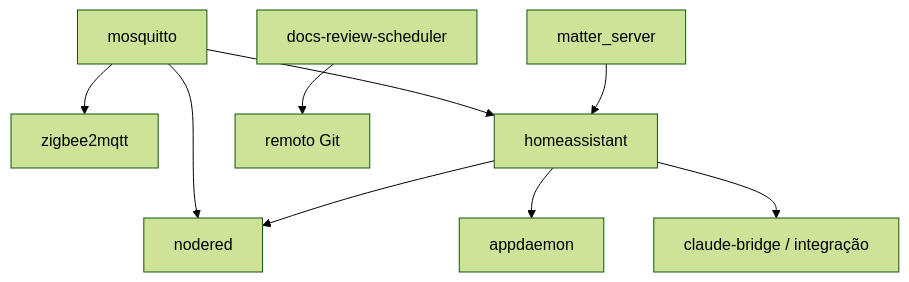
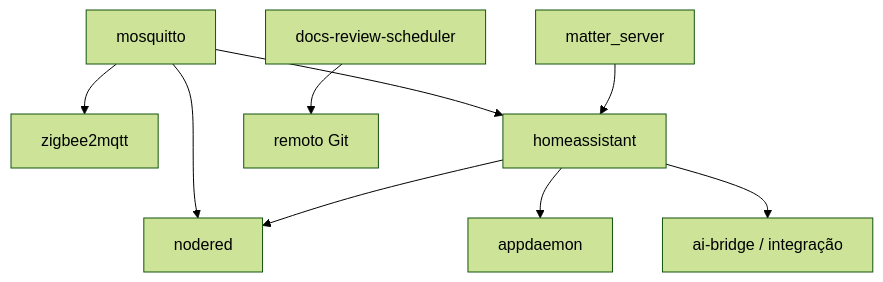
Before and after one commit to gabrafur/my_smart_home: the diagram in docs/CONTAINERS.md, drawn with Mermaid (forest theme). The commit also changed other lines of this file and 32 other files, not shown here.

````diff
--- a/docs/CONTAINERS.md
+++ b/docs/CONTAINERS.md
@@ -120,11 +120,11 @@
 ```mermaid
 flowchart TD
     MQ[mosquitto] --> Z2M[zigbee2mqtt]
     MQ --> HA[homeassistant]
     MAT[matter_server] --> HA
     MQ --> NR[nodered]
     HA --> NR
     HA --> AD[appdaemon]
-    HA --> BR[claude-bridge / integração]
+    HA --> BR[ai-bridge / integração]
     SCH[docs-review-scheduler] --> GIT[remoto Git]
 ```
````
